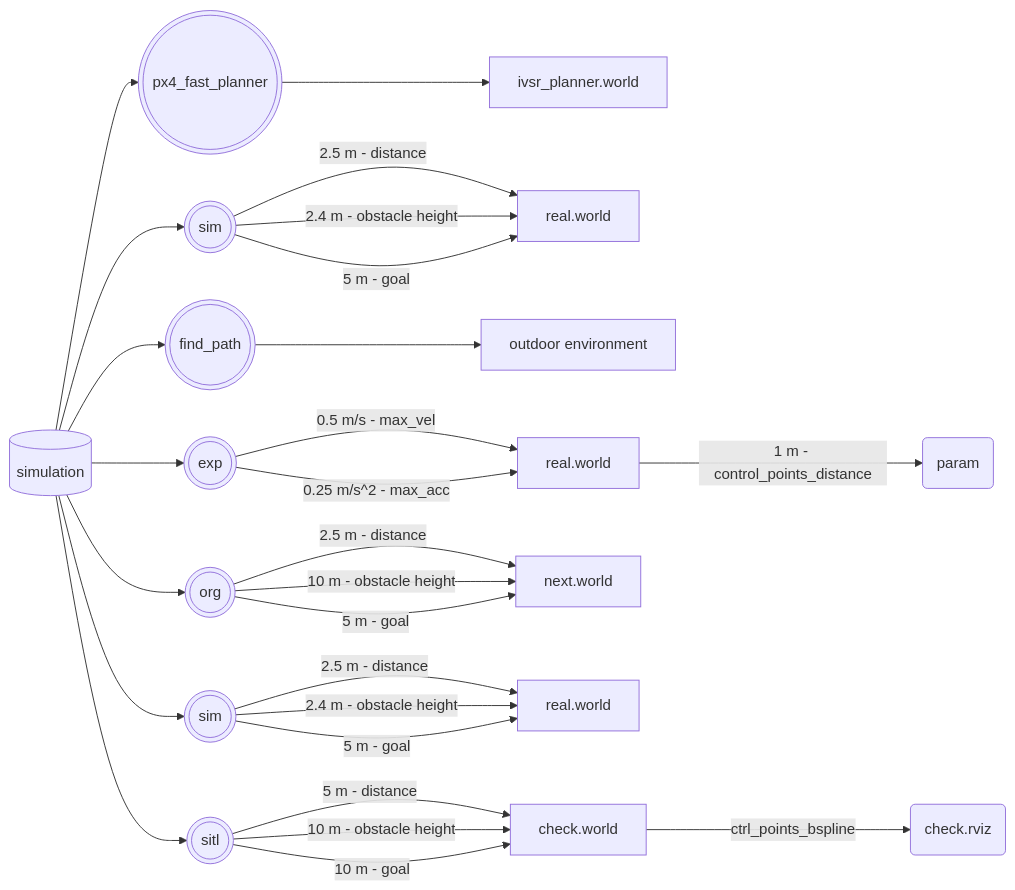
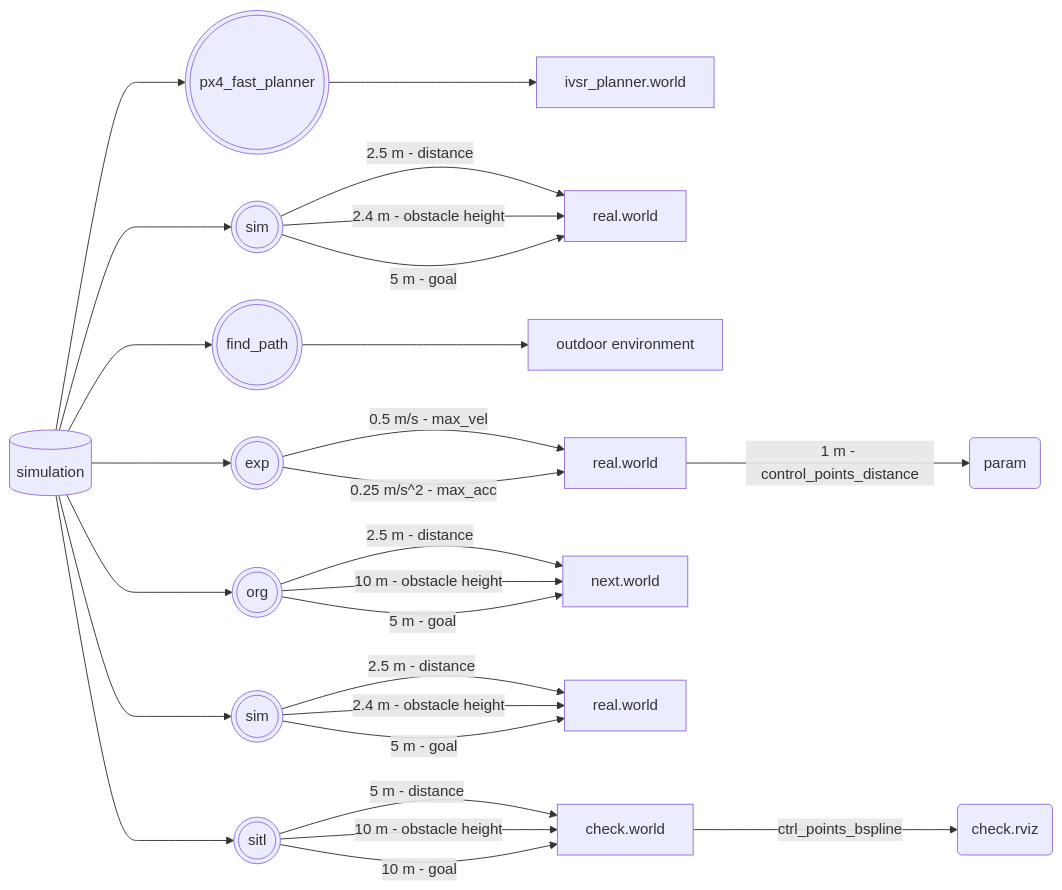
One commit to Dieptranivsr/drone_extend changed the second of 4 diagrams in sp_code/system.md. Above: the diagram before and after it, drawn with Mermaid.

````diff
--- a/sp_code/system.md
+++ b/sp_code/system.md
@@ -8,29 +8,29 @@
 ```mermaid
 flowchart LR 
 
-A[(simulation)] --> B(((px4_fast_planner)))
+A[(simulation)] o--> B(((px4_fast_planner)))
 B --> C[ivsr_planner.world]
-A --> D(((sim)))
+A o--> D(((sim)))
 D -->|2.5 m - distance| E[real.world]
 D -->|2.4 m - obstacle height| E
 D -->|5 m - goal| E
-A --> F(((find_path)))
+A o--> F(((find_path)))
 F --> G[outdoor environment]
-A --> H(((exp)))
+A o--> H(((exp)))
 H -->|0.5 m/s - max_vel| I[real.world]
 H -->|0.25 m/s^2 - max_acc| I
 I -->|1 m - control_points_distance| II(param)
-A --> J(((org)))
+A o--> J(((org)))
 J -->|2.5 m - distance| K[next.world]
 J -->|10 m - obstacle height| K
 J -->|5 m - goal| K
-A --> L(((sim)))
+A o--> L(((sim)))
 L -->|2.5 m - distance| LL[real.world]
 L -->|2.4 m - obstacle height| LL
 L -->|5 m - goal| LL
-A --> M(((sitl)))
+A o--> M(((sitl)))
 M -->|5 m - distance| N[check.world]
 M -->|10 m - obstacle height| N
 M -->|10 m - goal| N
 N -->|ctrl_points_bspline| NN(check.rviz)
 ```
````
